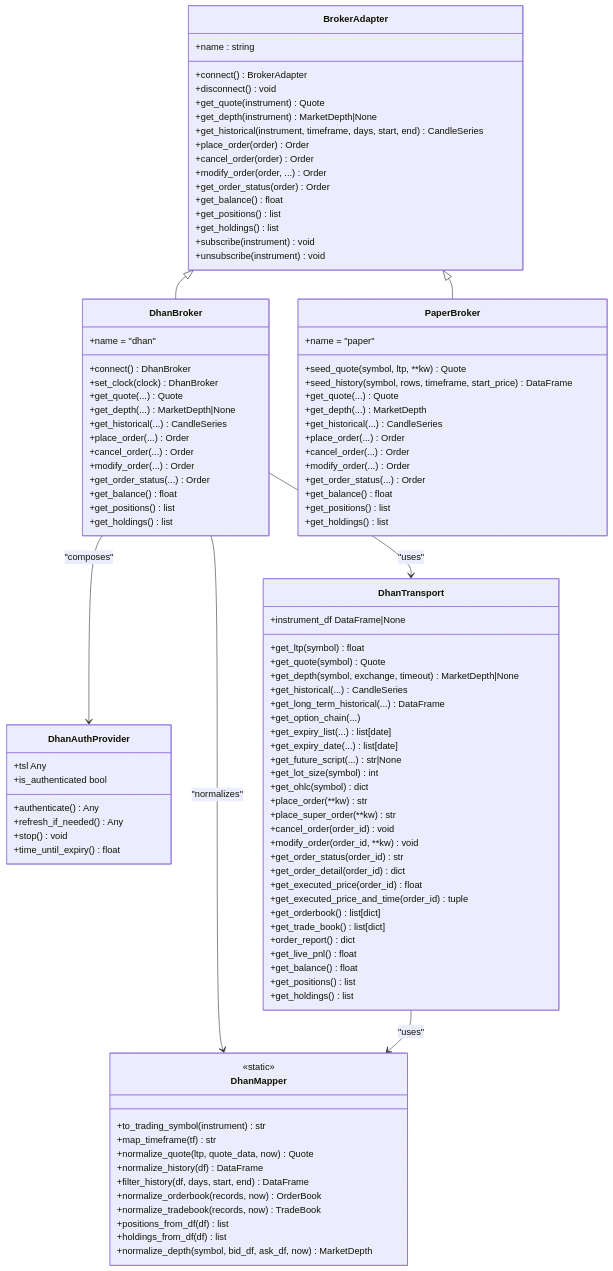
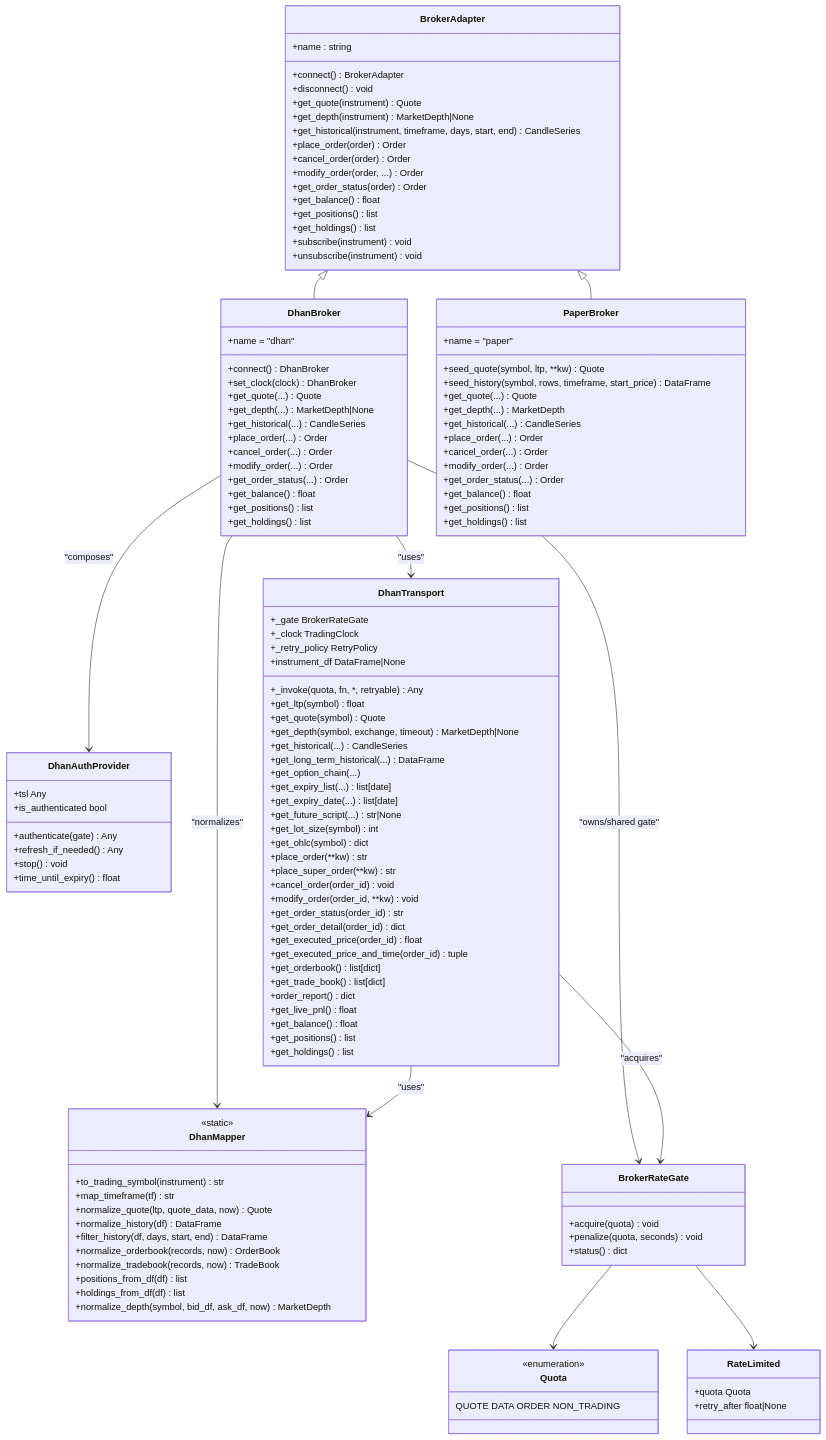
One commit to Ganesh-Kusundal/nTrade changed the second of 13 diagrams in .qoder/repowiki/en/content/Architecture Overview/Broker Abstraction Pattern/Broker Abstraction Pattern.md. Above: the diagram before and after it, drawn with Mermaid. The commit also changed other lines of this file and 2201 other files, not shown here.

Commit message:
Integrate completeness: live runner hardening, broker adapter layers, rate-limiting infrastructure, data pipeline (parquet OHLCV + ingestion scripts), contract testing framework, options analytics, and updated architecture/knowledge docs

````diff
--- a/.qoder/repowiki/en/content/Architecture Overview/Broker Abstraction Pattern/Broker Abstraction Pattern.md
+++ b/.qoder/repowiki/en/content/Architecture Overview/Broker Abstraction Pattern/Broker Abstraction Pattern.md
@@ -149,7 +173,7 @@
 +get_holdings() list
 }
 class DhanAuthProvider {
-+authenticate() Any
++authenticate(gate) Any
 +refresh_if_needed() Any
 +stop() void
 +tsl Any
@@ -157,6 +181,10 @@
 +time_until_expiry() float
 }
 class DhanTransport {
++_gate BrokerRateGate
++_clock TradingClock
++_retry_policy RetryPolicy
++_invoke(quota, fn, *, retryable) Any
 +get_ltp(symbol) float
 +get_quote(symbol) Quote
 +get_depth(symbol, exchange, timeout) MarketDepth|None
@@ -198,10 +226,27 @@
 +holdings_from_df(df) list
 +normalize_depth(symbol, bid_df, ask_df, now) MarketDepth
 }
+class BrokerRateGate {
++acquire(quota) void
++penalize(quota, seconds) void
++status() dict
+}
+class Quota {
+<<enumeration>>
+QUOTE DATA ORDER NON_TRADING
+}
+class RateLimited {
++quota Quota
++retry_after float|None
+}
 BrokerAdapter <|-- DhanBroker
 BrokerAdapter <|-- PaperBroker
 DhanBroker --> DhanAuthProvider : "composes"
 DhanBroker --> DhanTransport : "uses"
 DhanBroker --> DhanMapper : "normalizes"
+DhanBroker --> BrokerRateGate : "owns/shared gate"
+DhanTransport --> BrokerRateGate : "acquires"
 DhanTransport --> DhanMapper : "uses"
+BrokerRateGate --> Quota
+BrokerRateGate --> RateLimited
 ```
````
